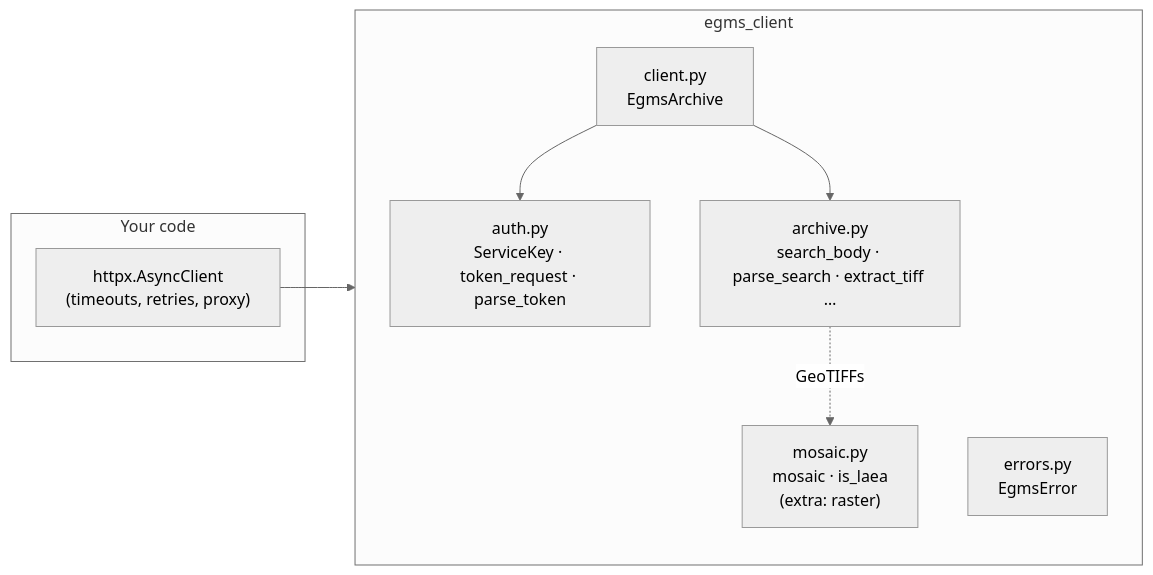
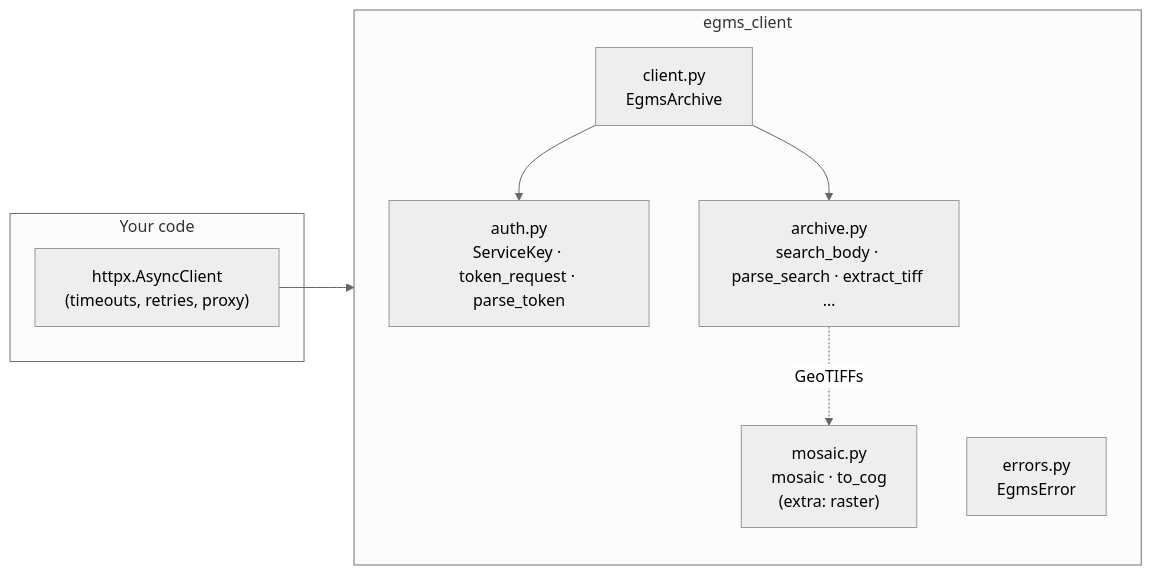
The fourth of 5 diagrams in README.md (agent-engineering-studio/egms-client), drawn with Mermaid (neutral theme) before and after one commit. The commit also changed other lines of this file and 11 other files, not shown here.

````diff
--- a/README.md
+++ b/README.md
@@ -332,18 +352,18 @@
 ```mermaid
 flowchart LR
     subgraph yours["Your code"]
         H["httpx.AsyncClient<br/>(timeouts, retries, proxy)"]
     end
     subgraph lib["egms_client"]
         direction TB
         CL["client.py<br/>EgmsArchive"]
         AU["auth.py<br/>ServiceKey · token_request · parse_token"]
         AR["archive.py<br/>search_body · parse_search · extract_tiff …"]
-        MO["mosaic.py<br/>mosaic · is_laea<br/>(extra: raster)"]
+        MO["mosaic.py<br/>mosaic · to_cog<br/>(extra: raster)"]
         ER["errors.py<br/>EgmsError"]
     end
     H --> CL
     CL --> AU
     CL --> AR
     AR -. GeoTIFFs .-> MO
 ```
````
